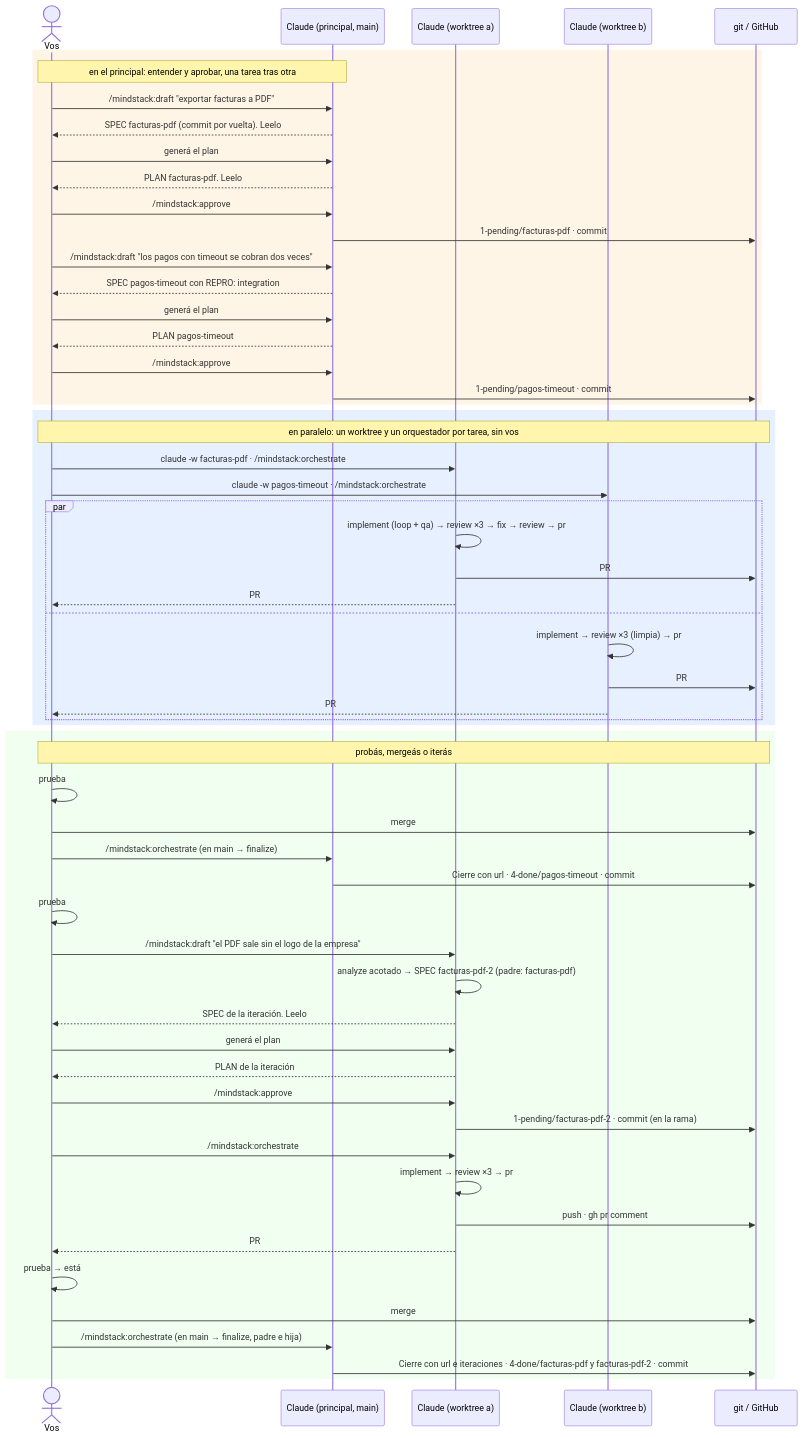
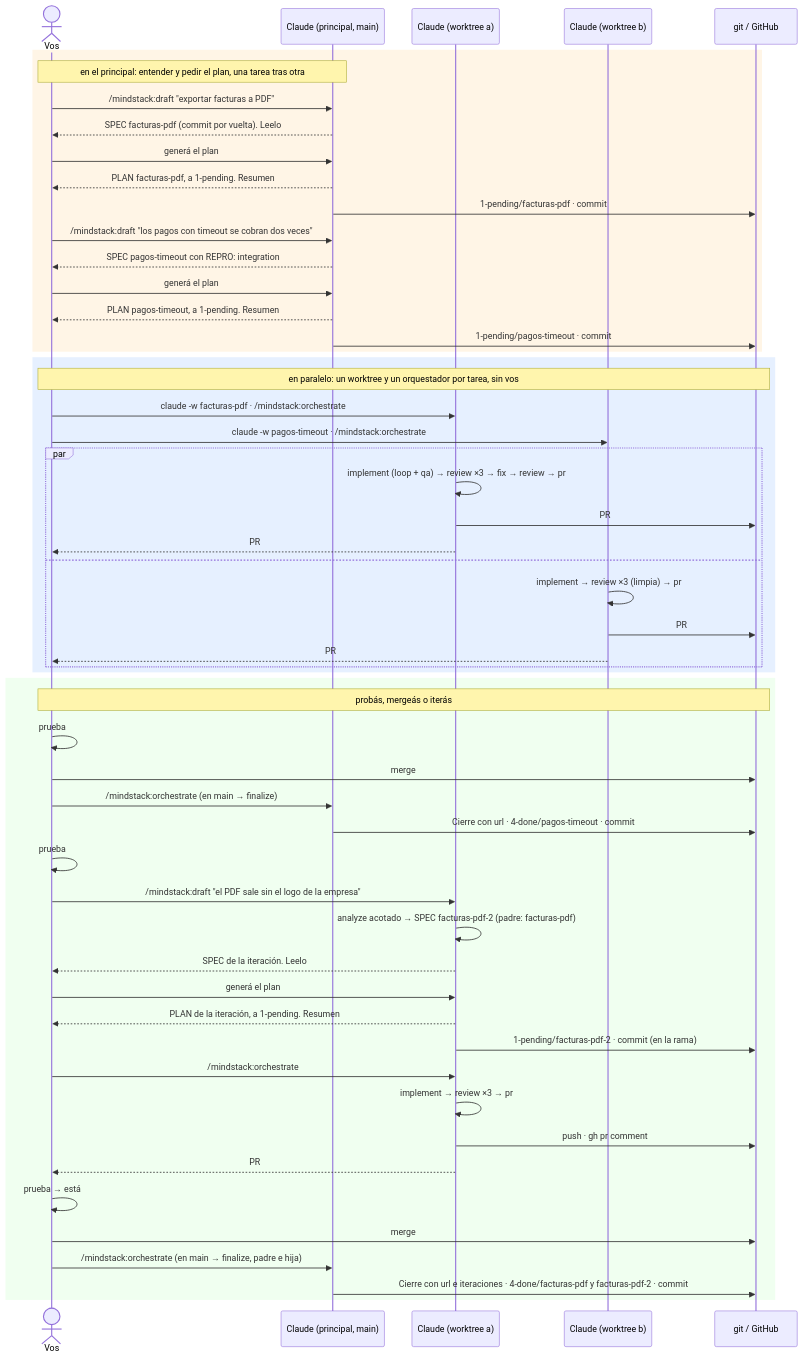
The diagram in use-cases/06-parallel-and-iterate.md (octavio-parozlabs/mindstack), drawn with Mermaid before and after one commit. The commit also changed 24 other files, not shown here.

````diff
--- a/use-cases/06-parallel-and-iterate.md
+++ b/use-cases/06-parallel-and-iterate.md
@@ -5,64 +5,61 @@
 ```mermaid
 sequenceDiagram
     actor U as Vos
     participant M as Claude (principal, main)
     participant Wa as Claude (worktree a)
     participant Wb as Claude (worktree b)
     participant G as git / GitHub
 
     rect rgb(255, 245, 230)
-    Note over U,M: en el principal: entender y aprobar, una tarea tras otra
+    Note over U,M: en el principal: entender y pedir el plan, una tarea tras otra
     U->>M: /mindstack:draft "exportar facturas a PDF"
     M-->>U: SPEC facturas-pdf (commit por vuelta). Leelo
     U->>M: generá el plan
-    M-->>U: PLAN facturas-pdf. Leelo
-    U->>M: /mindstack:approve
+    M-->>U: PLAN facturas-pdf, a 1-pending. Resumen
     M->>G: 1-pending/facturas-pdf · commit
     U->>M: /mindstack:draft "los pagos con timeout se cobran dos veces"
     M-->>U: SPEC pagos-timeout con REPRO: integration
     U->>M: generá el plan
-    M-->>U: PLAN pagos-timeout
-    U->>M: /mindstack:approve
+    M-->>U: PLAN pagos-timeout, a 1-pending. Resumen
     M->>G: 1-pending/pagos-timeout · commit
     end
 
     rect rgb(230, 240, 255)
     Note over U,G: en paralelo: un worktree y un orquestador por tarea, sin vos
     U->>Wa: claude -w facturas-pdf · /mindstack:orchestrate
     U->>Wb: claude -w pagos-timeout · /mindstack:orchestrate
     par
         Wa->>Wa: implement (loop + qa) → review ×3 → fix → review → pr
         Wa->>G: PR #88 · url en PR.md
         Wa-->>U: PR #88 abierto · localhost:5231
     and
         Wb->>Wb: implement → review ×3 (limpia) → pr
         Wb->>G: PR #89
         Wb-->>U: PR #89 abierto · localhost:5247
     end
     end
 
     rect rgb(240, 255, 240)
     Note over U,G: probás, mergeás o iterás
     U->>U: prueba #89 en localhost:5247 → está
     U->>G: merge #89
     U->>M: /mindstack:orchestrate (en main → finalize)
     M->>G: Cierre con url · 4-done/pagos-timeout · commit
 
     U->>U: prueba #88 → el PDF sale sin logo
     U->>Wa: /mindstack:draft "el PDF sale sin el logo de la empresa"
     Wa->>Wa: analyze acotado → SPEC facturas-pdf-2 (padre: facturas-pdf)
     Wa-->>U: SPEC de la iteración. Leelo
     U->>Wa: generá el plan
-    Wa-->>U: PLAN de la iteración
-    U->>Wa: /mindstack:approve
+    Wa-->>U: PLAN de la iteración, a 1-pending. Resumen
     Wa->>G: 1-pending/facturas-pdf-2 · commit (en la rama)
     U->>Wa: /mindstack:orchestrate
     Wa->>Wa: implement → review ×3 → pr
     Wa->>G: push · gh pr comment #88 "iteración 2: logo en el PDF"
     Wa-->>U: PR #88 actualizado
     U->>U: prueba → está
     U->>G: merge #88
     U->>M: /mindstack:orchestrate (en main → finalize, padre e hija)
     M->>G: Cierre con url e iteraciones · 4-done/facturas-pdf y facturas-pdf-2 · commit
     end
 ```
````
